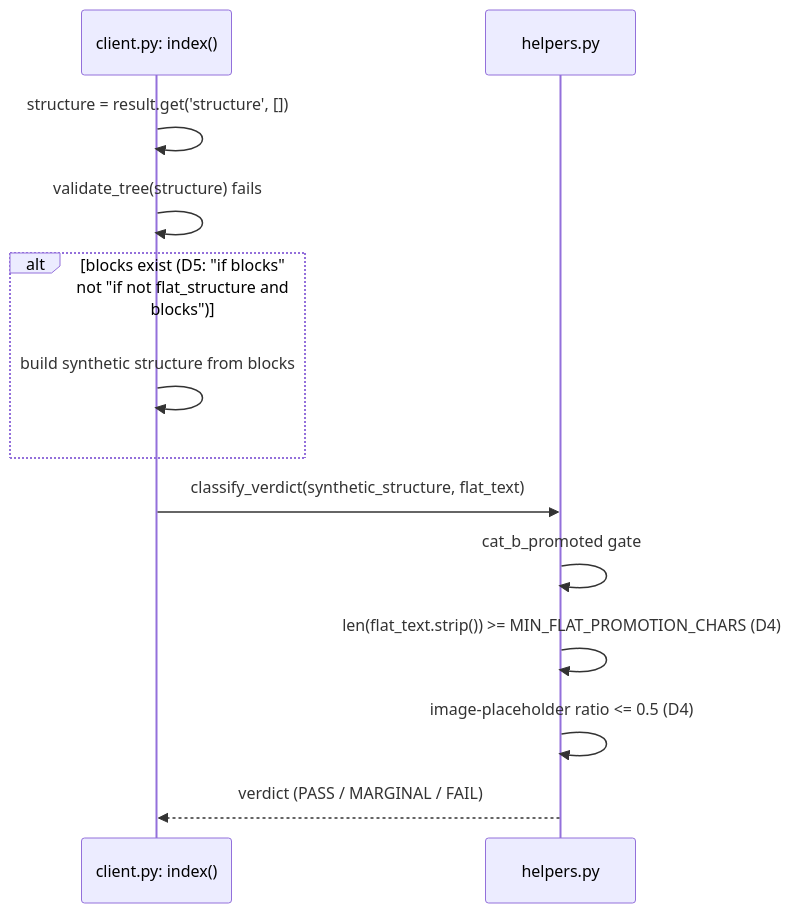
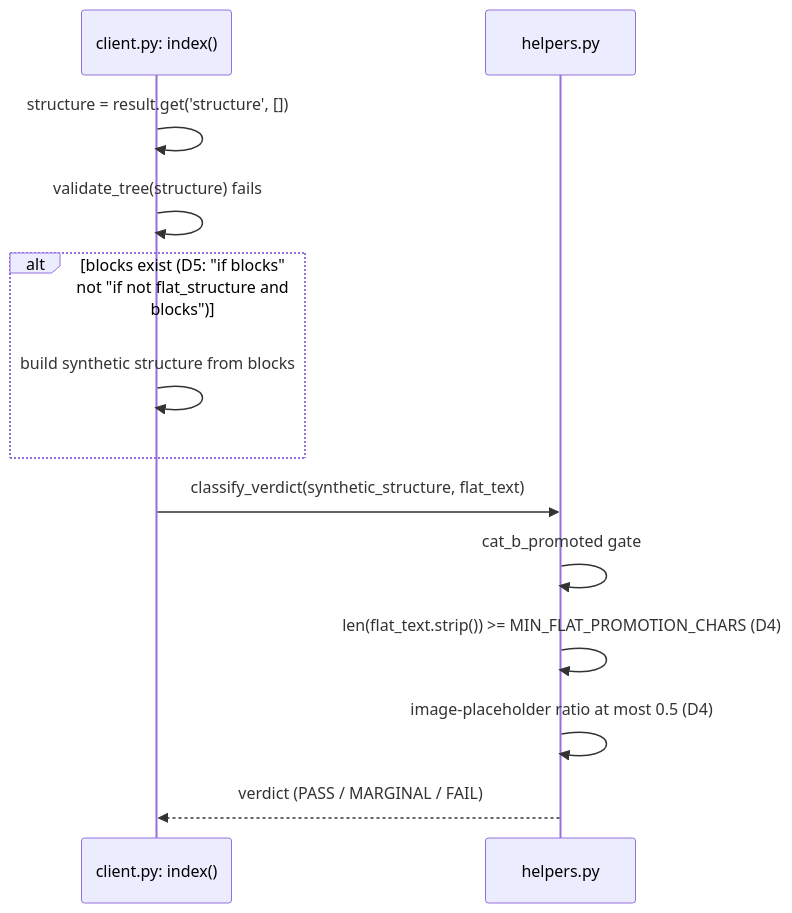
The fourth of 5 diagrams in .agents/designs/design-rfc023-run6-content-recovery-and-verdict-hardening.md (trehansalil/pageindex), drawn with Mermaid before and after one commit. The commit also changed other lines of this file and 9 other files, not shown here.

````diff
--- a/.agents/designs/design-rfc023-run6-content-recovery-and-verdict-hardening.md
+++ b/.agents/designs/design-rfc023-run6-content-recovery-and-verdict-hardening.md
@@ -189,16 +189,16 @@
 ```mermaid
 sequenceDiagram
   participant C as client.py: index()
   participant H as helpers.py
 
   C->>C: structure = result.get('structure', [])
   C->>C: validate_tree(structure) fails
   alt blocks exist (D5: "if blocks" not "if not flat_structure and blocks")
     C->>C: build synthetic structure from blocks
   end
   C->>H: classify_verdict(synthetic_structure, flat_text)
   H->>H: cat_b_promoted gate
   H->>H: len(flat_text.strip()) >= MIN_FLAT_PROMOTION_CHARS (D4)
-  H->>H: image-placeholder ratio <= 0.5 (D4)
+  H->>H: image-placeholder ratio at most 0.5 (D4)
   H-->>C: verdict (PASS / MARGINAL / FAIL)
 ```
````
